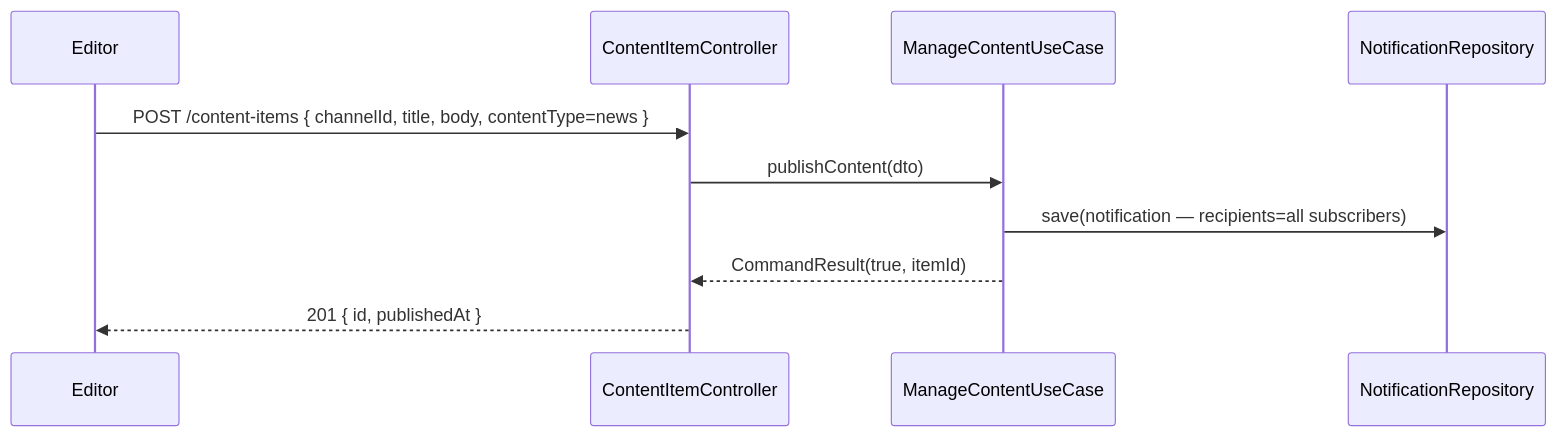
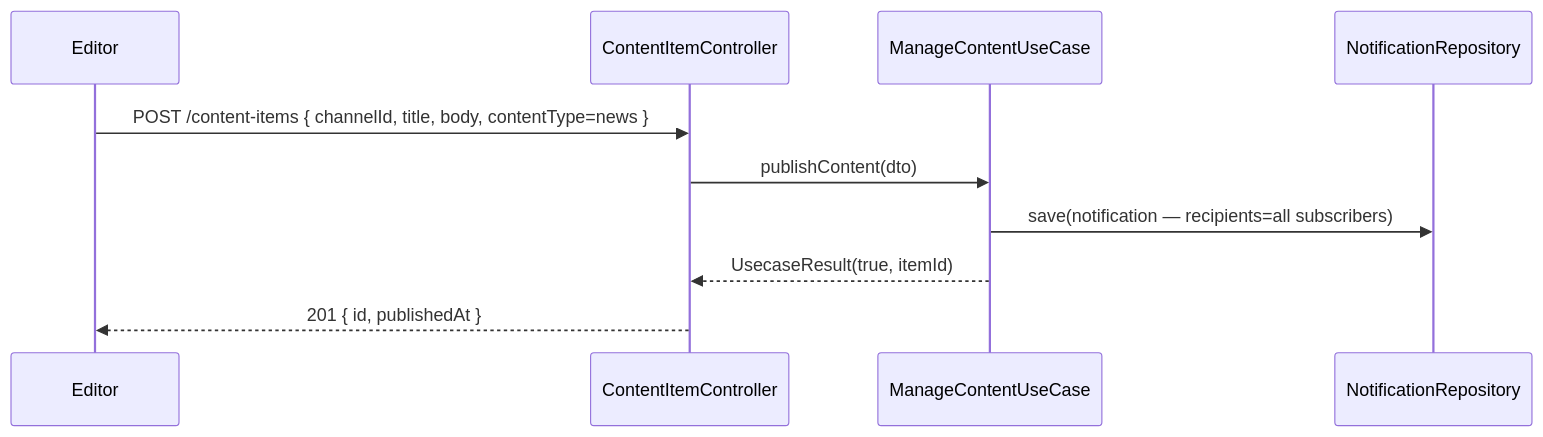
Before and after one commit to UIMSolutions/uim-platform: the third of 3 diagrams in failed/workzone/UML.md, drawn with Mermaid. The commit also changed 907 other files, not shown here.

Commit message:
Rename CommandResult

````diff
--- a/failed/workzone/UML.md
+++ b/failed/workzone/UML.md
@@ -175,13 +175,13 @@
 ```mermaid
 sequenceDiagram
     participant Editor
     participant CC as ContentItemController
     participant CUC as ManageContentUseCase
     participant NR as NotificationRepository
 
     Editor->>CC: POST /content-items { channelId, title, body, contentType=news }
     CC->>CUC: publishContent(dto)
     CUC->>NR: save(notification — recipients=all subscribers)
-    CUC-->>CC: CommandResult(true, itemId)
+    CUC-->>CC: UsecaseResult(true, itemId)
     CC-->>Editor: 201 { id, publishedAt }
 ```
````
